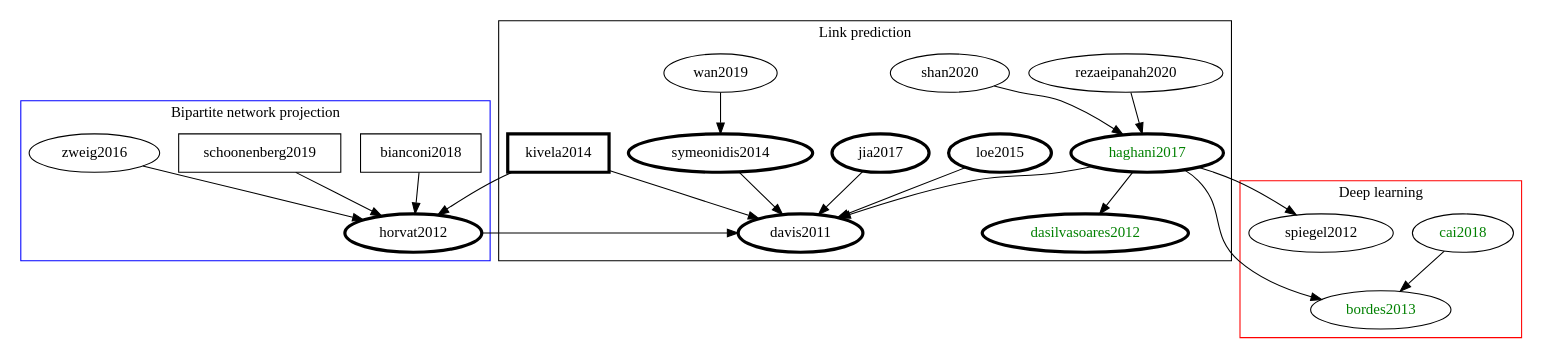
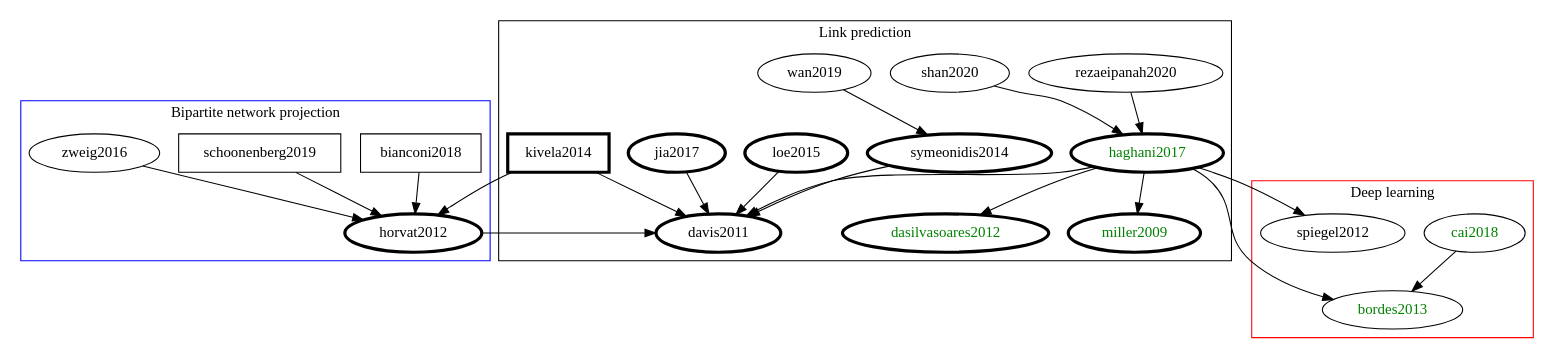
One commit to ThenWho/pol-is-analysis changed the second of 2 diagrams in Related Literature.md. Above: the diagram before and after it, drawn with Graphviz. The commit also changed other lines of this file, not shown here.

Commit message:
Added miller2009

````diff
--- a/Related Literature.md
+++ b/Related Literature.md
@@ -15,52 +15,54 @@
 ```graphviz 
 digraph cg {
     horvat2012 [penwidth = 3];
     bianconi2018 [shape = rectangle];
     schoonenberg2019 [shape = rectangle];
     davis2011 [penwidth = 3];
     loe2015 [penwidth = 3];
     haghani2017 [penwidth = 3, fontcolor = green, href = "/@ThenWho/haghani2017"];
     symeonidis2014 [penwidth = 3];
     jia2017 [penwidth = 3];
     kivela2014 [shape = rectangle, penwidth = 3];
     dasilvasoares2012 [penwidth = 3, fontcolor = green, href = "/@ThenWho/dasilvasoares2012"];
     cai2018 [fontcolor = green, href = "/@ThenWho/cai2018"];
     bordes2013 [fontcolor = green, href = "/@ThenWho/bordes2013"];
     spiegel2012;
+    miller2009 [penwidth = 3, fontcolor = green, href = "/@ThenWho/miller2009"];
     
     subgraph cluster_bnp {
 		color = blue;
 		label = "Bipartite network projection";
         
         bianconi2018 -> horvat2012;
         zweig2016 -> horvat2012;
         schoonenberg2019 -> horvat2012;
 	}
     
     subgraph cluster_lp {
 		color = black;
 		label = "Link prediction";
         
         horvat2012 -> davis2011;
         loe2015 -> davis2011;
         haghani2017 -> davis2011;
         rezaeipanah2020 -> haghani2017;
         shan2020 -> haghani2017;
         symeonidis2014 -> davis2011
         wan2019 -> symeonidis2014;
         jia2017 -> davis2011;
         kivela2014 -> davis2011;
         kivela2014 -> horvat2012;
         haghani2017 -> dasilvasoares2012;
+        haghani2017 -> miller2009;
     }
     
     subgraph cluster_ml {
 		color = red;
 		label = "Deep learning";
         
         haghani2017 -> bordes2013;
         cai2018 -> bordes2013;
         haghani2017 -> spiegel2012;
     }
 }
 ```
````
